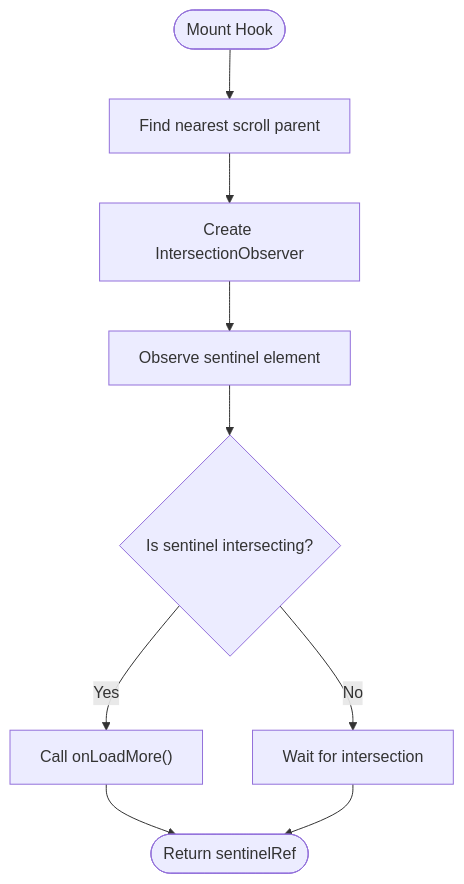
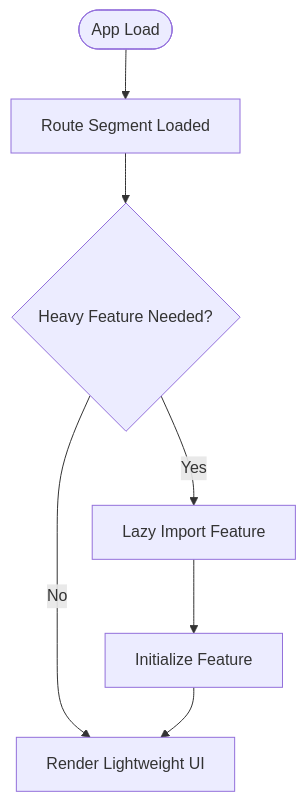
Before and after one commit to Meaetin/alibaba-hackathon: the third of 7 diagrams in .qoder/repowiki/en/content/Performance Optimization.md, drawn with Mermaid. The commit also changed other lines of this file and 241 other files, not shown here.

````diff
--- a/.qoder/repowiki/en/content/Performance Optimization.md
+++ b/.qoder/repowiki/en/content/Performance Optimization.md
@@ -148,11 +118,9 @@
 ```mermaid
 flowchart TD
-Start(["Mount Hook"]) --> FindParent["Find nearest scroll parent"]
-FindParent --> CreateObserver["Create IntersectionObserver"]
-CreateObserver --> Observe["Observe sentinel element"]
-Observe --> Intersect{"Is sentinel intersecting?"}
-Intersect --> |Yes| CallLoadMore["Call onLoadMore()"]
-Intersect --> |No| Wait["Wait for intersection"]
-CallLoadMore --> End(["Return sentinelRef"])
-Wait --> End
+Start(["App Load"]) --> Route["Route Segment Loaded"]
+Route --> Split{"Heavy Feature Needed?"}
+Split --> |No| Render["Render Lightweight UI"]
+Split --> |Yes| Lazy["Lazy Import Feature"]
+Lazy --> Init["Initialize Feature"]
+Init --> Render
 ```
````
